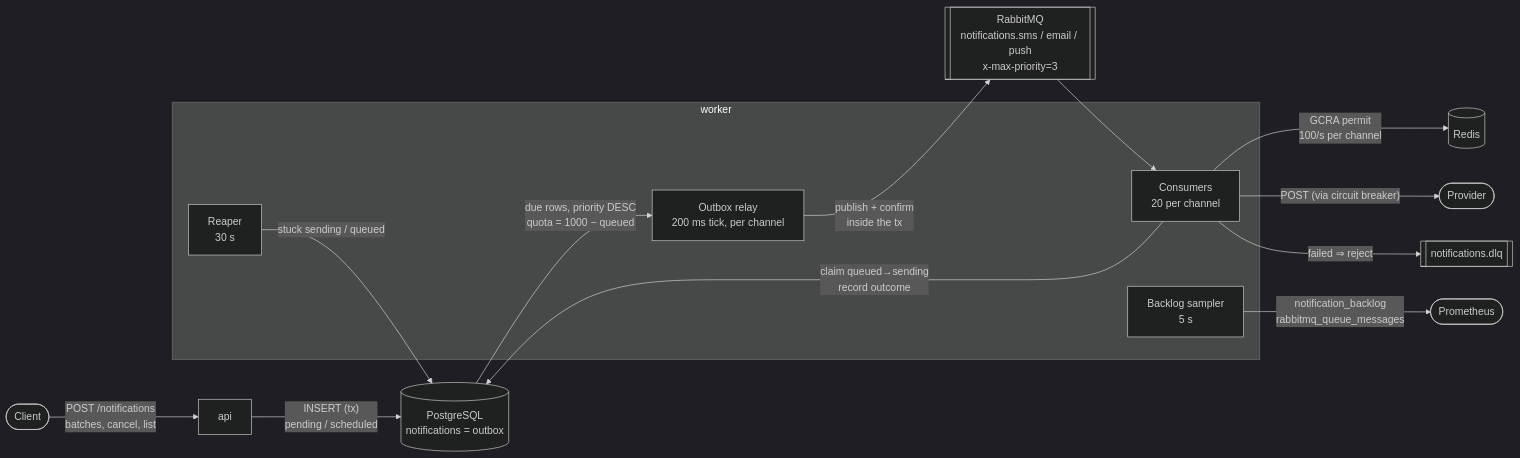
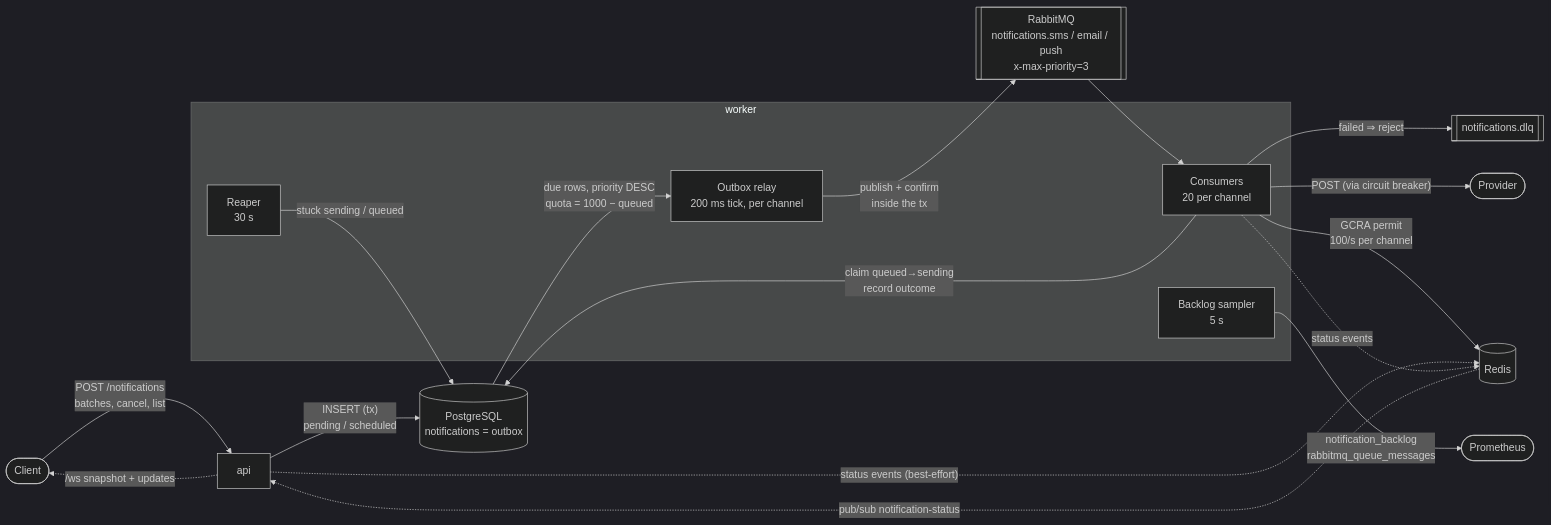
The diagram in README.md (SerhanTelatar/notification-engine), drawn with Mermaid (dark theme) before and after one commit. The commit also changed other lines of this file and 3 other files, not shown here.

````diff
--- a/README.md
+++ b/README.md
@@ -63,22 +79,26 @@
 ```mermaid
 flowchart LR
     client([Client]) -->|POST /notifications<br/>batches, cancel, list| api[api]
     api -->|"INSERT (tx)<br/>pending / scheduled"| pg[(PostgreSQL<br/>notifications = outbox)]
 
     subgraph worker [worker]
         relay[Outbox relay<br/>200 ms tick, per channel]
         consumer[Consumers<br/>20 per channel]
         reaper[Reaper<br/>30 s]
         sampler[Backlog sampler<br/>5 s]
     end
 
     pg -->|"due rows, priority DESC<br/>quota = 1000 − queued"| relay
     relay -->|"publish + confirm<br/>inside the tx"| mq[[RabbitMQ<br/>notifications.sms / email / push<br/>x-max-priority=3]]
     mq --> consumer
     consumer -->|"GCRA permit<br/>100/s per channel"| redis[(Redis)]
     consumer -->|"claim queued→sending<br/>record outcome"| pg
     consumer -->|"POST (via circuit breaker)"| provider([Provider])
     consumer -->|"failed ⇒ reject"| dlq[[notifications.dlq]]
     reaper -->|"stuck sending / queued"| pg
     sampler -->|"notification_backlog<br/>rabbitmq_queue_messages"| prom([Prometheus])
+    api -. "status events (best-effort)" .-> redis
+    consumer -. "status events" .-> redis
+    redis -. "pub/sub notification-status" .-> api
+    api -. "/ws snapshot + updates" .-> client
 ```
````
